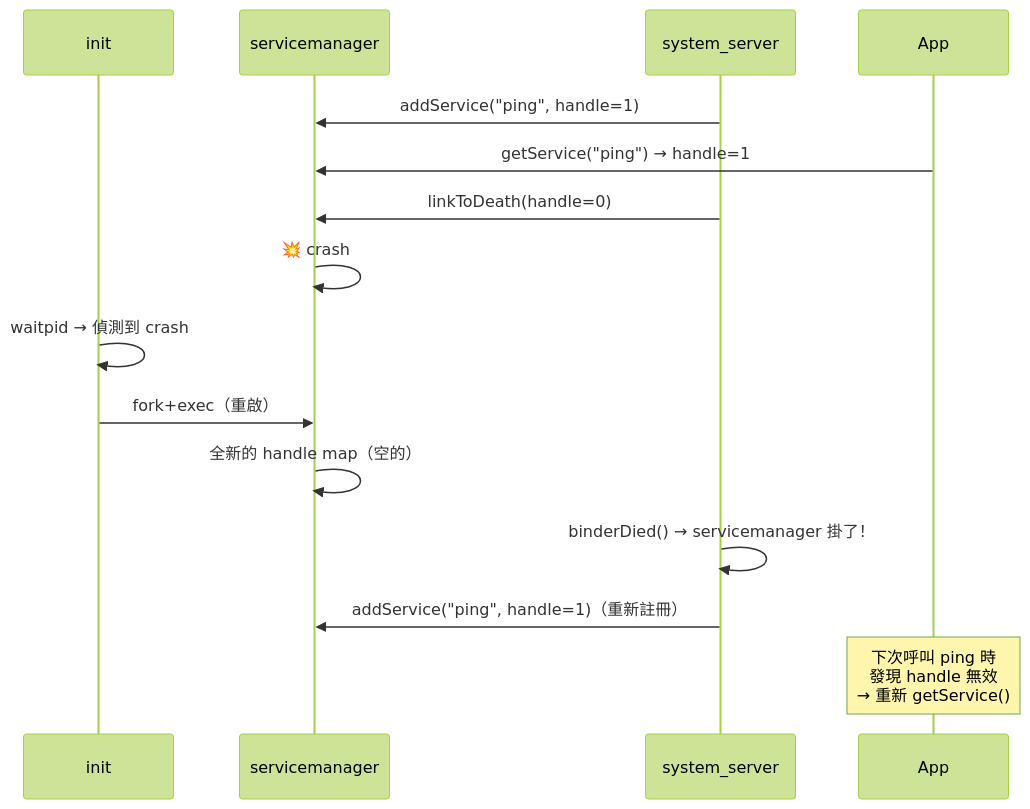
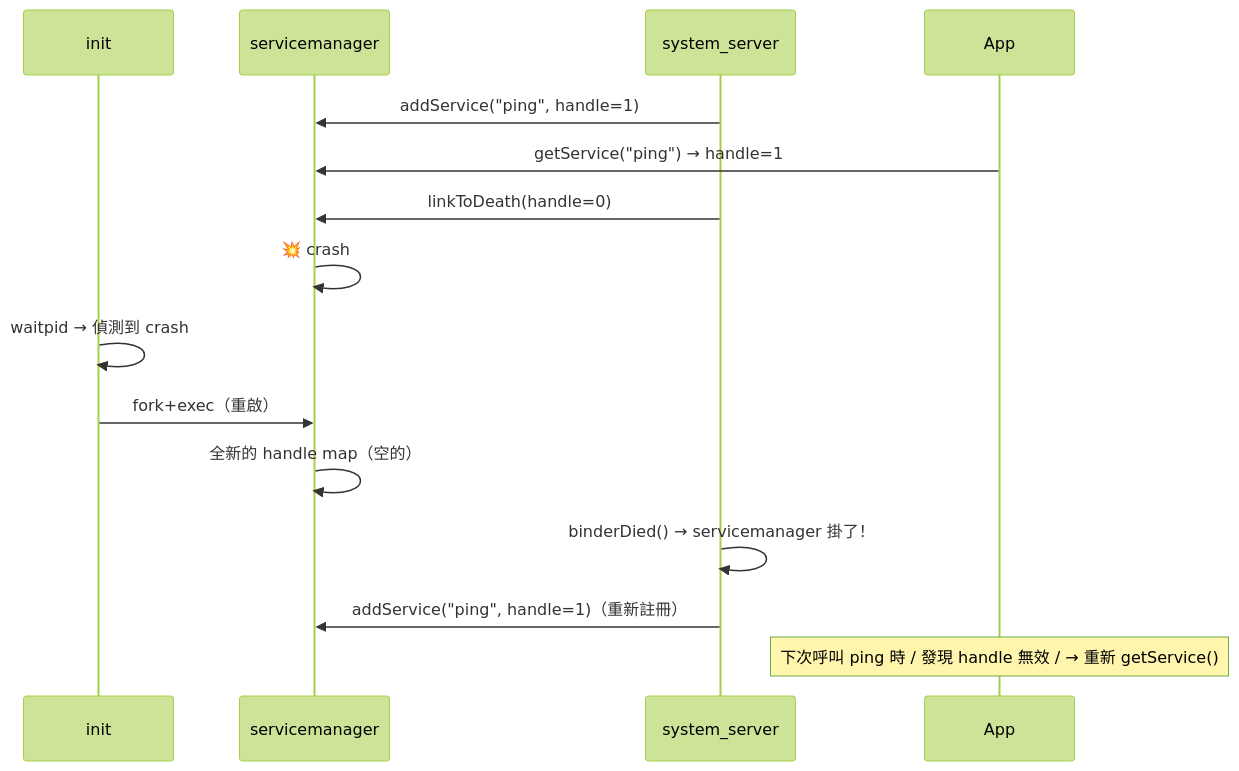
Before and after one commit to Owen771/mini-AOSP: diagram 14 of 26 in docs/learning-guide.md, drawn with Mermaid (forest theme). The commit also changed other lines of this file and 34 other files, not shown here.

````diff
--- a/docs/learning-guide.md
+++ b/docs/learning-guide.md
@@ -1481,22 +1499,22 @@
 ```mermaid
 sequenceDiagram
-    participant I as init
-    participant SM as servicemanager
-    participant SS as system_server
-    participant App as App
+ participant I as init
+ participant SM as servicemanager
+ participant SS as system_server
+ participant App as App
 
-    SS->>SM: addService("ping", handle=1)
-    App->>SM: getService("ping") → handle=1
-    SS->>SM: linkToDeath(handle=0)
+ SS->>SM: addService("ping", handle=1)
+ App->>SM: getService("ping") → handle=1
+ SS->>SM: linkToDeath(handle=0)
 
-    SM->>SM: 💥 crash
-    I->>I: waitpid → 偵測到 crash
+ SM->>SM: 💥 crash
+ I->>I: waitpid → 偵測到 crash
 
-    I->>SM: fork+exec（重啟）
-    SM->>SM: 全新的 handle map（空的）
+ I->>SM: fork+exec（重啟）
+ SM->>SM: 全新的 handle map（空的）
 
-    SS->>SS: binderDied() → servicemanager 掛了！
-    SS->>SM: addService("ping", handle=1)（重新註冊）
+ SS->>SS: binderDied() → servicemanager 掛了！
+ SS->>SM: addService("ping", handle=1)（重新註冊）
 
-    Note over App: 下次呼叫 ping 時<br/>發現 handle 無效<br/>→ 重新 getService()
+ Note over App: 下次呼叫 ping 時 / 發現 handle 無效 / → 重新 getService()
 ```
````
